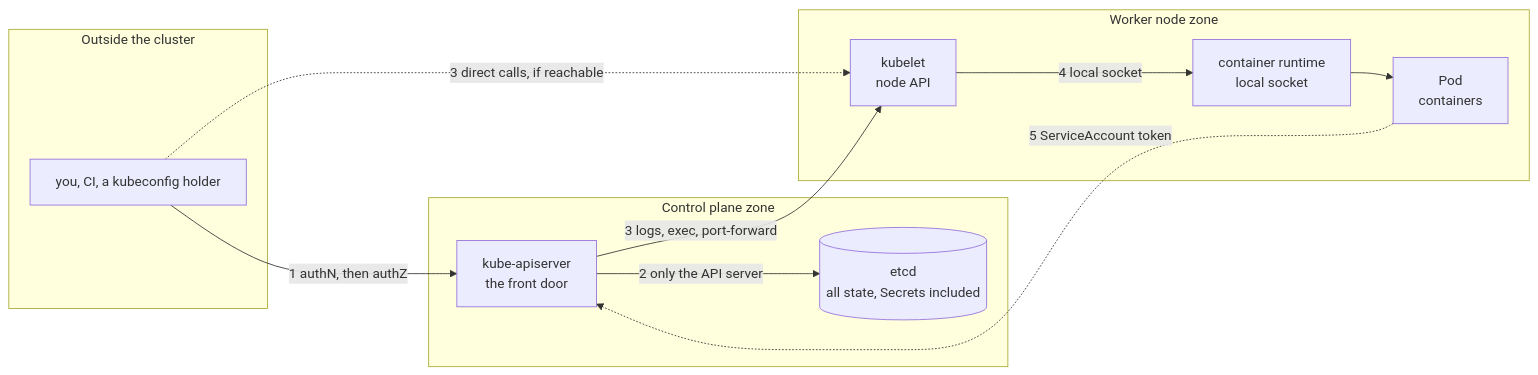
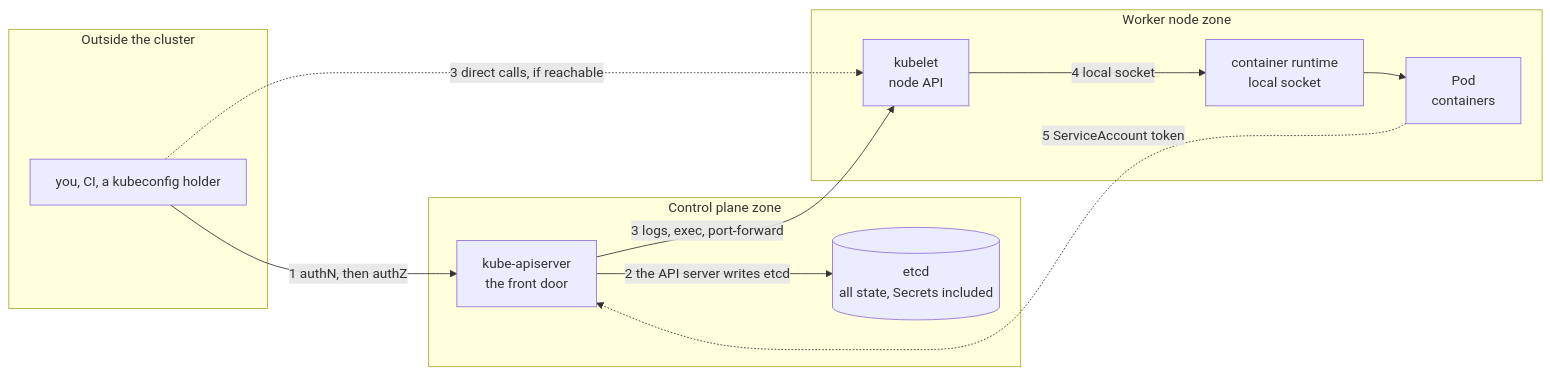
One commit to abd-ulbasit/bookstore-kubernetes-guide changed the first of 3 diagrams in full-guide/00-foundations/03-architecture-overview.md. Above: the diagram before and after it, drawn with Mermaid. The commit also changed other lines of this file and 11 other files, not shown here.

````diff
--- a/full-guide/00-foundations/03-architecture-overview.md
+++ b/full-guide/00-foundations/03-architecture-overview.md
@@ -62,22 +62,22 @@
 ```mermaid
 flowchart LR
     subgraph outside["Outside the cluster"]
         people["you, CI, a kubeconfig holder"]
     end
     subgraph cp["Control plane zone"]
         api["kube-apiserver<br/>the front door"]
         etcd[("etcd<br/>all state, Secrets included")]
     end
     subgraph workers["Worker node zone"]
         kubelet["kubelet<br/>node API"]
         rt["container runtime<br/>local socket"]
         pod["Pod<br/>containers"]
     end
     people -->|"1 authN, then authZ"| api
-    api -->|"2 only the API server"| etcd
+    api -->|"2 the API server writes etcd"| etcd
     api -->|"3 logs, exec, port-forward"| kubelet
     people -.->|"3 direct calls, if reachable"| kubelet
     kubelet -->|"4 local socket"| rt
     rt --> pod
     pod -.->|"5 ServiceAccount token"| api
 ```
````
